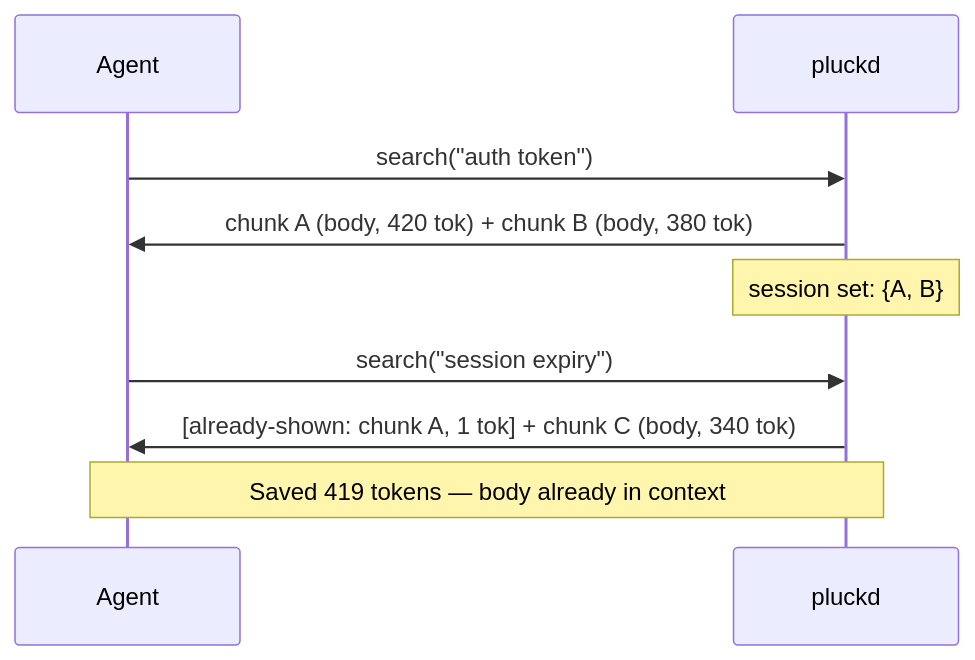
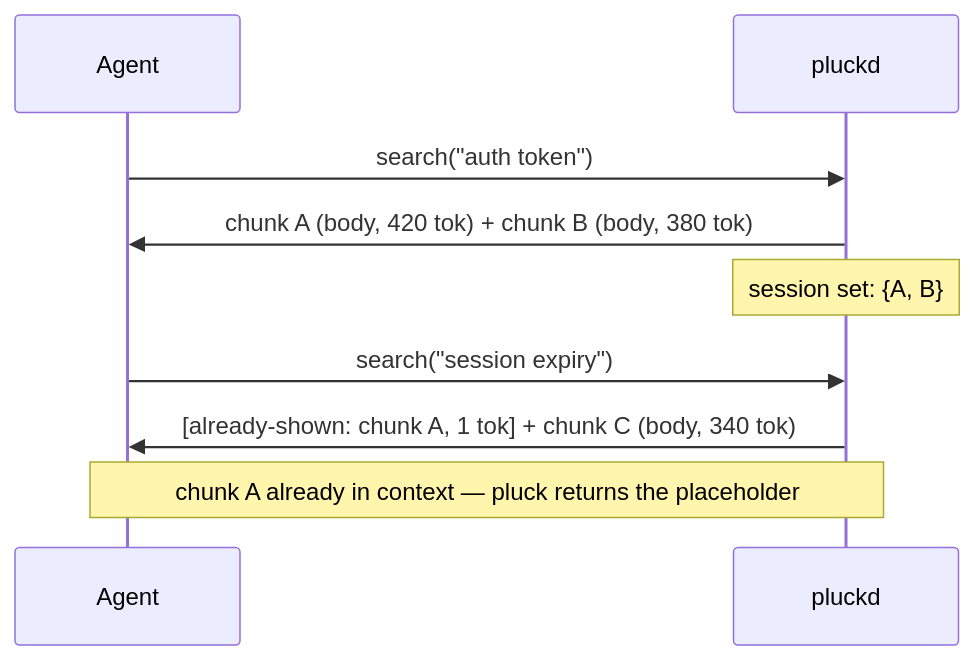
The second of 4 diagrams in README.md (hunhee98/pluck), drawn with Mermaid before and after one commit. The commit also changed other lines of this file and 1 other file, not shown here.

````diff
--- a/README.md
+++ b/README.md
@@ -83,11 +88,11 @@
 ```mermaid
 sequenceDiagram
   participant A as Agent
   participant P as pluckd
   A->>P: search("auth token")
   P->>A: chunk A (body, 420 tok) + chunk B (body, 380 tok)
   Note over P: session set: {A, B}
   A->>P: search("session expiry")
   P->>A: [already-shown: chunk A, 1 tok] + chunk C (body, 340 tok)
-  Note over A,P: Saved 419 tokens — body already in context
+  Note over A,P: chunk A already in context — pluck returns the placeholder
 ```
````
